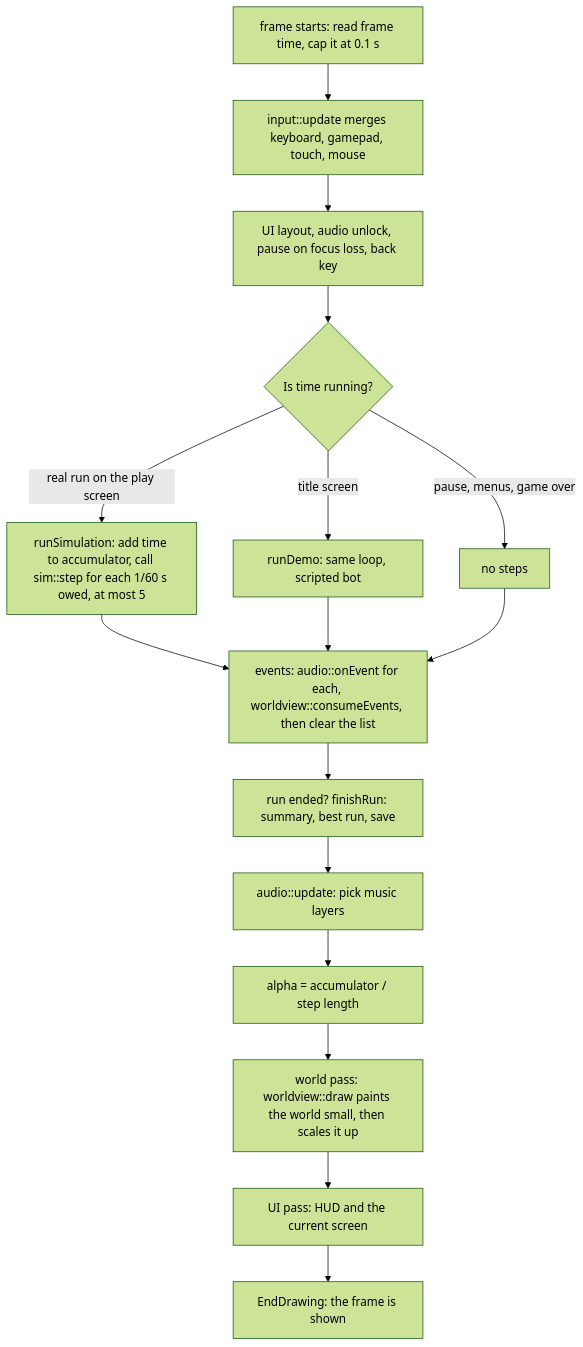
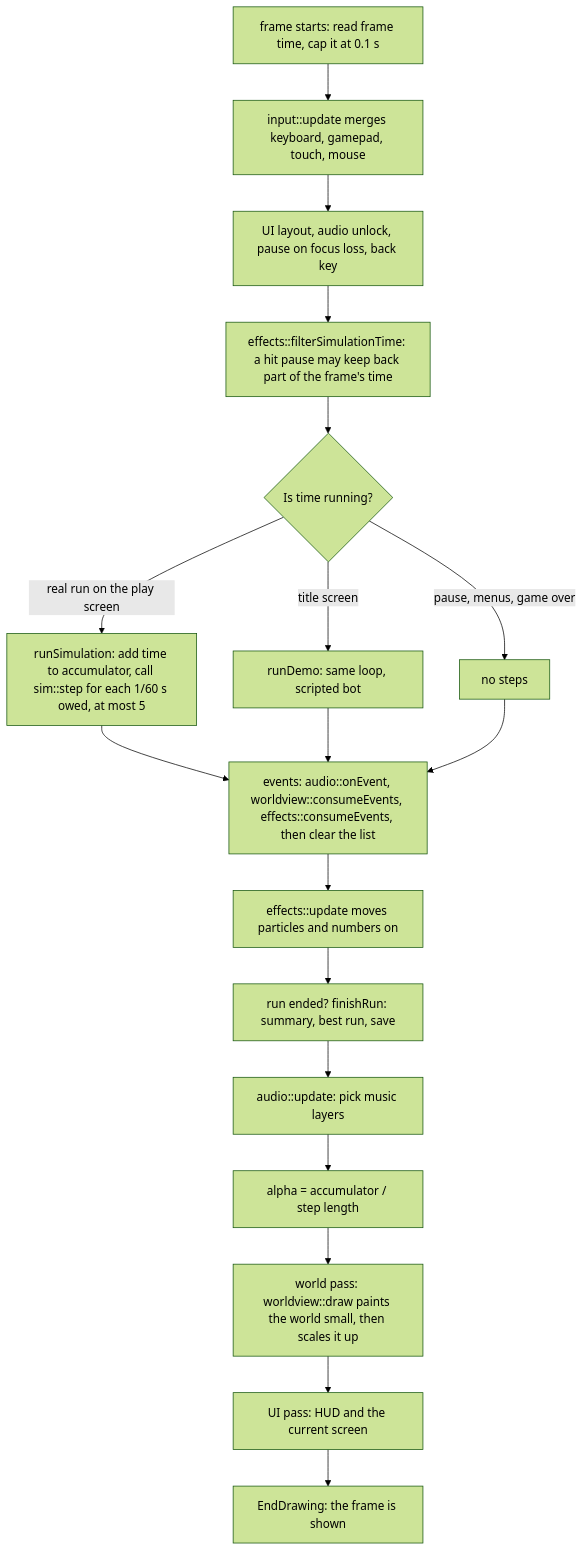
The second of 3 diagrams in docs/ARCHITECTURE.md (ShanPla/Last-Stand), drawn with Mermaid (forest theme) before and after one commit. The commit also changed other lines of this file, not shown here.

First line of the commit message:
docs: bring the architecture guide up to date

````diff
--- a/docs/ARCHITECTURE.md
+++ b/docs/ARCHITECTURE.md
@@ -148,18 +160,20 @@
 ```mermaid
 flowchart TD
     A["frame starts: read frame time, cap it at 0.1 s"] --> B["input::update merges keyboard, gamepad, touch, mouse"]
     B --> C["UI layout, audio unlock, pause on focus loss, back key"]
-    C --> D{"Is time running?"}
+    C --> C2["effects::filterSimulationTime: a hit pause may keep back part of the frame's time"]
+    C2 --> D{"Is time running?"}
     D -->|"real run on the play screen"| E["runSimulation: add time to accumulator, call sim::step for each 1/60 s owed, at most 5"]
     D -->|"title screen"| F["runDemo: same loop, scripted bot"]
     D -->|"pause, menus, game over"| G["no steps"]
-    E --> H["events: audio::onEvent for each, worldview::consumeEvents, then clear the list"]
+    E --> H["events: audio::onEvent, worldview::consumeEvents, effects::consumeEvents, then clear the list"]
     F --> H
     G --> H
-    H --> I["run ended? finishRun: summary, best run, save"]
+    H --> H2["effects::update moves particles and numbers on"]
+    H2 --> I["run ended? finishRun: summary, best run, save"]
     I --> J["audio::update: pick music layers"]
     J --> K["alpha = accumulator / step length"]
     K --> L["world pass: worldview::draw paints the world small, then scales it up"]
     L --> M["UI pass: HUD and the current screen"]
     M --> N["EndDrawing: the frame is shown"]
 ```
````
